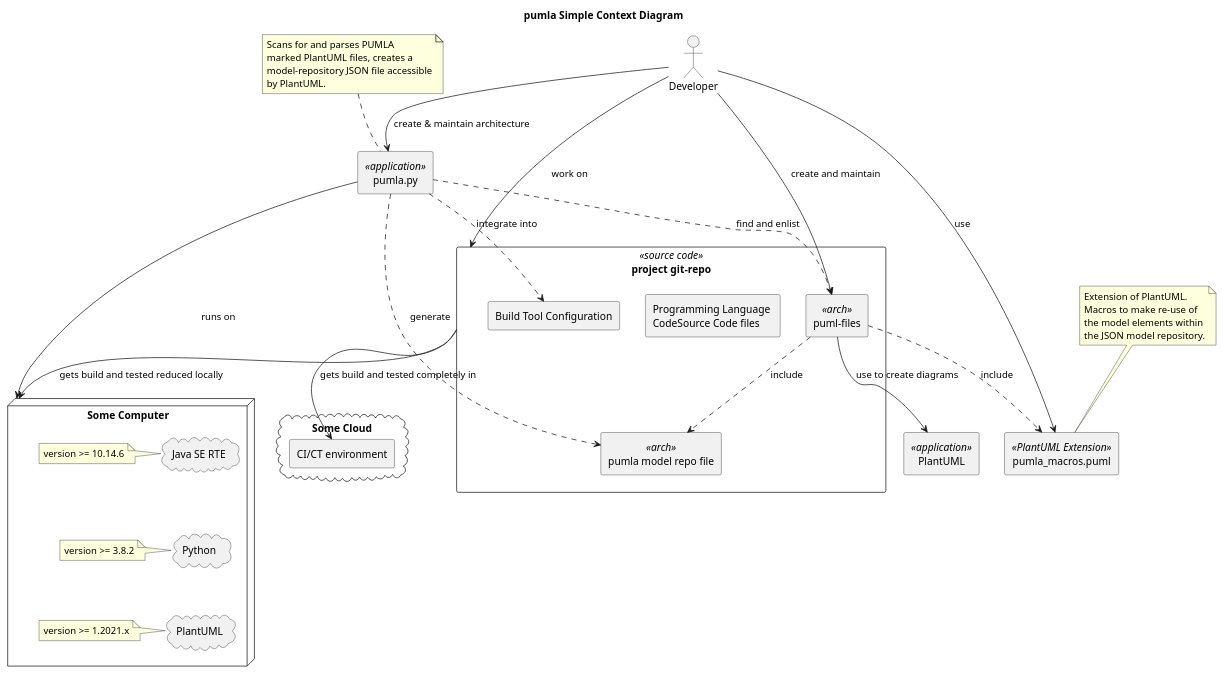
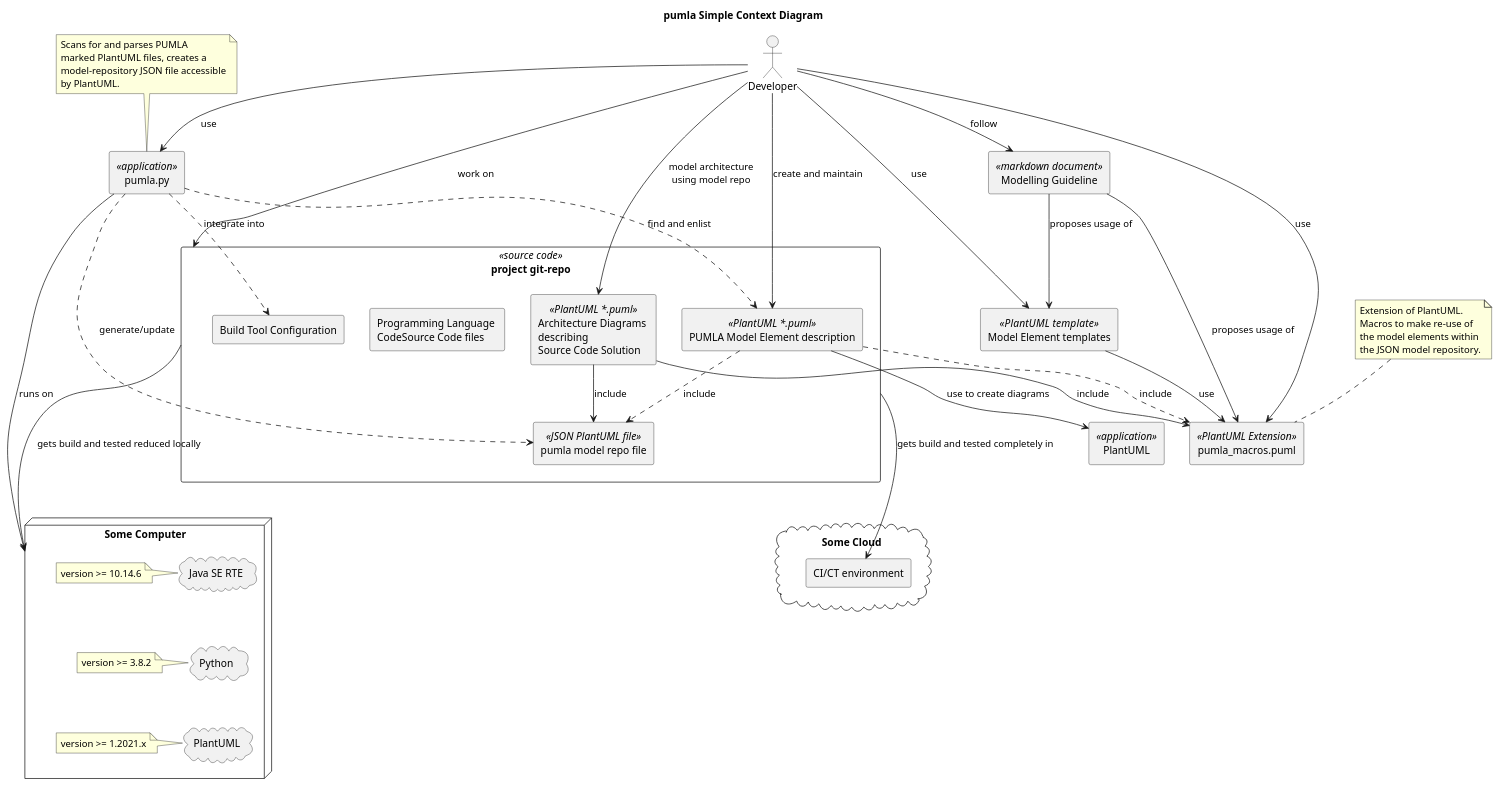
One commit to DrMarkusVoss/pumla changed the diagram in arch/01_context/pumla_context.puml. Above: the diagram before and after it, drawn with PlantUML. The commit also changed 1 other file, not shown here.

```diff
--- a/arch/01_context/pumla_context.puml
+++ b/arch/01_context/pumla_context.puml
@@ -1,85 +1,103 @@
 @startuml
 
 skinparam componentStyle uml2
 
 title pumla Simple Context Diagram
 
 
 :Developer: as dev
 
 
 rectangle "pumla.py" <<application>> as pumla {
 }
 
 rectangle "pumla_macros.puml" <<PlantUML Extension>> as pmac {
 }
 
 rectangle "PlantUML" <<application>> as plantuml {
 }
 
 note top of pmac
     Extension of PlantUML.
     Macros to make re-use of
     the model elements within
     the JSON model repository.
 end note
 
 rectangle "project git-repo" <<source code>> as pgr {
-rectangle "puml-files" <<arch>>  as pumlf {
+rectangle "PUMLA Model Element description" <<PlantUML *.puml>>  as pumlf {
 }
-rectangle "pumla model repo file" <<arch>> as pumlamr {
+rectangle "Architecture Diagrams \ndescribing \nSource Code Solution" <<PlantUML *.puml>>  as archdiags {
+}
+rectangle "pumla model repo file" <<JSON PlantUML file>> as pumlamr {
 }
 
 rectangle "Programming Language \nCodeSource Code files" {
 }
 rectangle "Build Tool Configuration" as btc {
 }
+}
+
+rectangle "Modelling Guideline" <<markdown document>> as modguid {
+}
+
+rectangle "Model Element templates" <<PlantUML  template>> as templ {
 }
 
 note top of pumla
     Scans for and parses PUMLA
     marked PlantUML files, creates a
     model-repository JSON file accessible
     by PlantUML.
 end note
 
 
 node "Some Computer" as sco {
 cloud "Java SE RTE" as Java {
 }
  note left of Java : version >= 10.14.6
 
 cloud Python {
  }
  note left of Python: version >= 3.8.2
 
 cloud PlantUML as puml {
 
  }
  note left of puml: version >= 1.2021.x
 
 }
 
 cloud "Some Cloud" as cloud {
  rectangle "CI/CT environment" as cict {
  }
 }
 
 Java -[hidden]-> Python
 Python -[hidden]-> puml
+pumlamr -[hidden]-> sco
+pumlamr -[hidden]-> cloud
 
 pumla --> sco: runs on
 
-dev-->pumla: create & maintain architecture
+dev-->pumla: use
 dev-->pgr: work on
+dev-->modguid: follow
+dev-->templ : use
+dev --> archdiags : model architecture\nusing model repo
+templ-->pmac :use
+modguid--> pmac: proposes usage of
+modguid--> templ: proposes usage of
+archdiags-->pmac : include
+archdiags-->pumlamr : include
 pumla ..> btc: integrate into
-pumla ..> pumlamr: generate
+pumla ..> pumlamr: generate/update
 pumla ..> pumlf: find and enlist
 pumlf ..> pumlamr: include
 pumlf ..> pmac : include
 dev --> pmac : use
 dev --> pumlf : create and maintain
 pgr --> cict : gets build and tested completely in
 pgr --> sco : gets build and tested reduced locally
 pumlf --> plantuml: use to create diagrams
 @enduml
```
